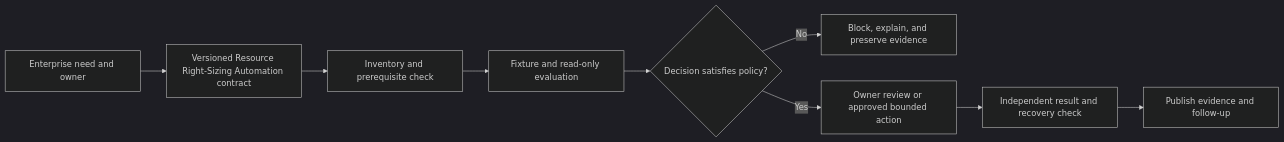
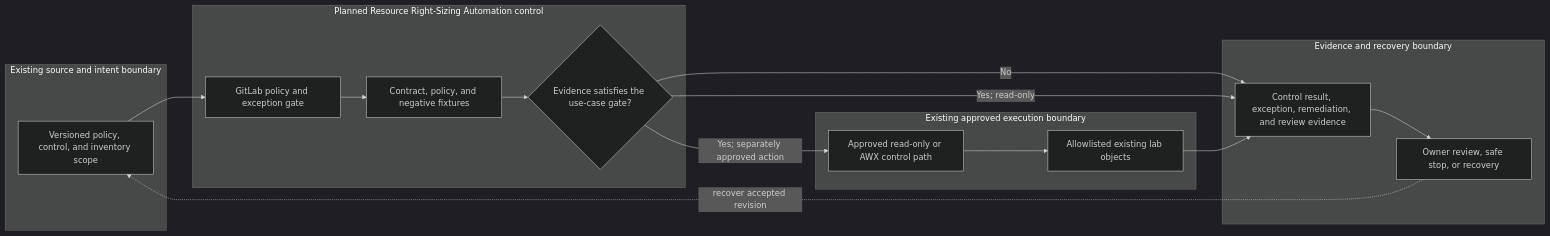
The diagram in docs/use-cases/governance/UC-GOV-017-resource-right-sizing-automation.md (MIDHTECH/enterprise-architecture-docs), drawn with Mermaid (dark theme) before and after one commit. The commit also changed other lines of this file and 227 other files, not shown here.

Commit message:
Deepen architecture for all use case designs

````diff
--- a/docs/use-cases/governance/UC-GOV-017-resource-right-sizing-automation.md
+++ b/docs/use-cases/governance/UC-GOV-017-resource-right-sizing-automation.md
@@ -136,11 +129,25 @@
 ```mermaid
 flowchart LR
-    Need["Enterprise need and owner"] --> Contract["Versioned Resource Right-Sizing Automation contract"]
-    Contract --> Preflight["Inventory and prerequisite check"]
-    Preflight --> Evaluate["Fixture and read-only evaluation"]
-    Evaluate --> Decision{"Decision satisfies policy?"}
-    Decision -->|No| Stop["Block, explain, and preserve evidence"]
-    Decision -->|Yes| Review["Owner review or approved bounded action"]
-    Review --> Verify["Independent result and recovery check"]
-    Verify --> Publish["Publish evidence and follow-up"]
+    subgraph Source["Existing source and intent boundary"]
+        A["Versioned policy, control, and inventory scope"]
+    end
+    subgraph Planned["Planned Resource Right-Sizing Automation control"]
+        B["GitLab policy and exception gate"]
+        C["Contract, policy, and negative fixtures"]
+        D{"Evidence satisfies the use-case gate?"}
+    end
+    subgraph Runtime["Existing approved execution boundary"]
+        E["Approved read-only or AWX control path"]
+        F["Allowlisted existing lab objects"]
+    end
+    subgraph Assurance["Evidence and recovery boundary"]
+        G["Control result, exception, remediation, and review evidence"]
+        H["Owner review, safe stop, or recovery"]
+    end
+
+    A --> B --> C --> D
+    D -->|No| G --> H
+    D -->|Yes; read-only| G
+    D -->|Yes; separately approved action| E --> F --> G
+    H -. recover accepted revision .-> A
 ```
````
